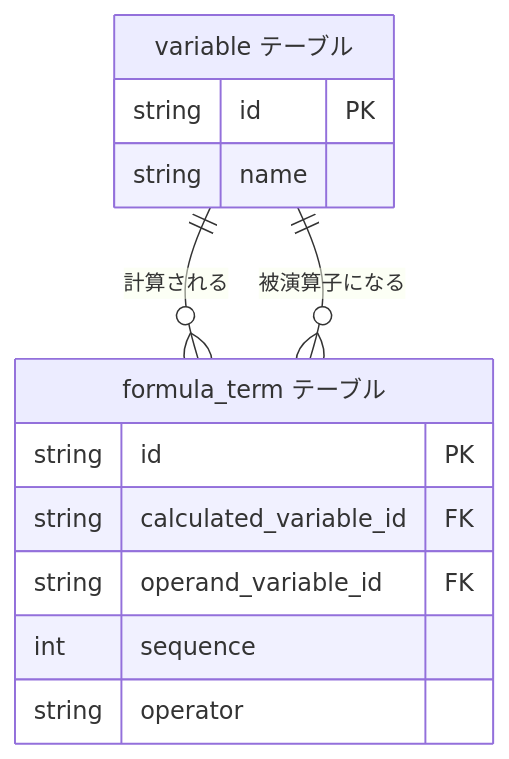
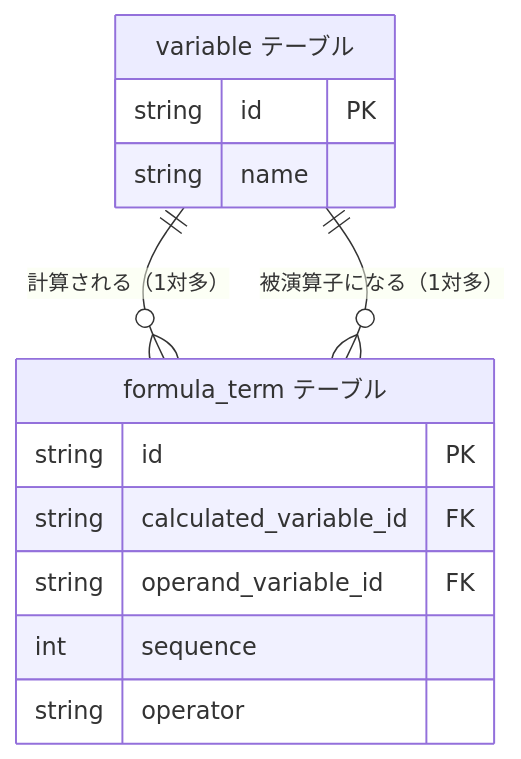
Before and after one commit to hiroki-it/tech-notebook: diagram 11 of 30 in docs/software/software_middleware_database_rdb_er.md, drawn with Mermaid. The commit also changed other lines of this file and 4 other files, not shown here.

````diff
--- a/docs/software/software_middleware_database_rdb_er.md
+++ b/docs/software/software_middleware_database_rdb_er.md
@@ -327,18 +327,18 @@
 ```mermaid
 erDiagram
   variable["variable テーブル"] {
     string id PK
     string name
   }
 
   formula_term["formula_term テーブル"] {
     string id PK
     string calculated_variable_id FK
     string operand_variable_id FK
     int sequence
     string operator
   }
 
-  variable ||--o{ formula_term : "計算される"
-  variable ||--o{ formula_term : "被演算子になる"
+  variable ||--o{ formula_term : "計算される（1対多）"
+  variable ||--o{ formula_term : "被演算子になる（1対多）"
 ```
````
